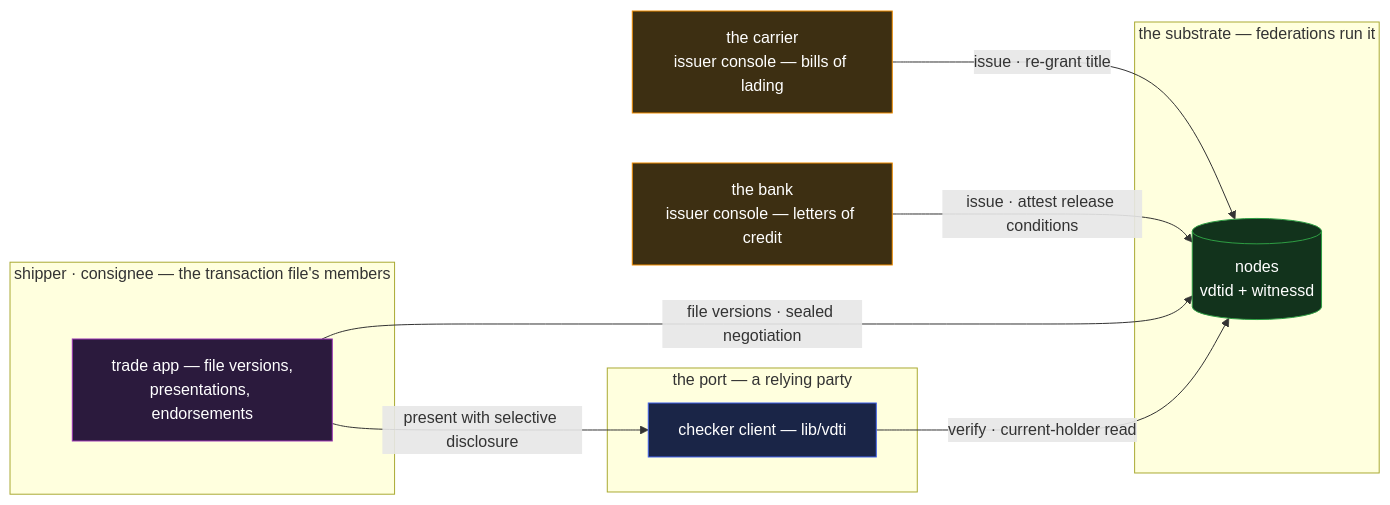
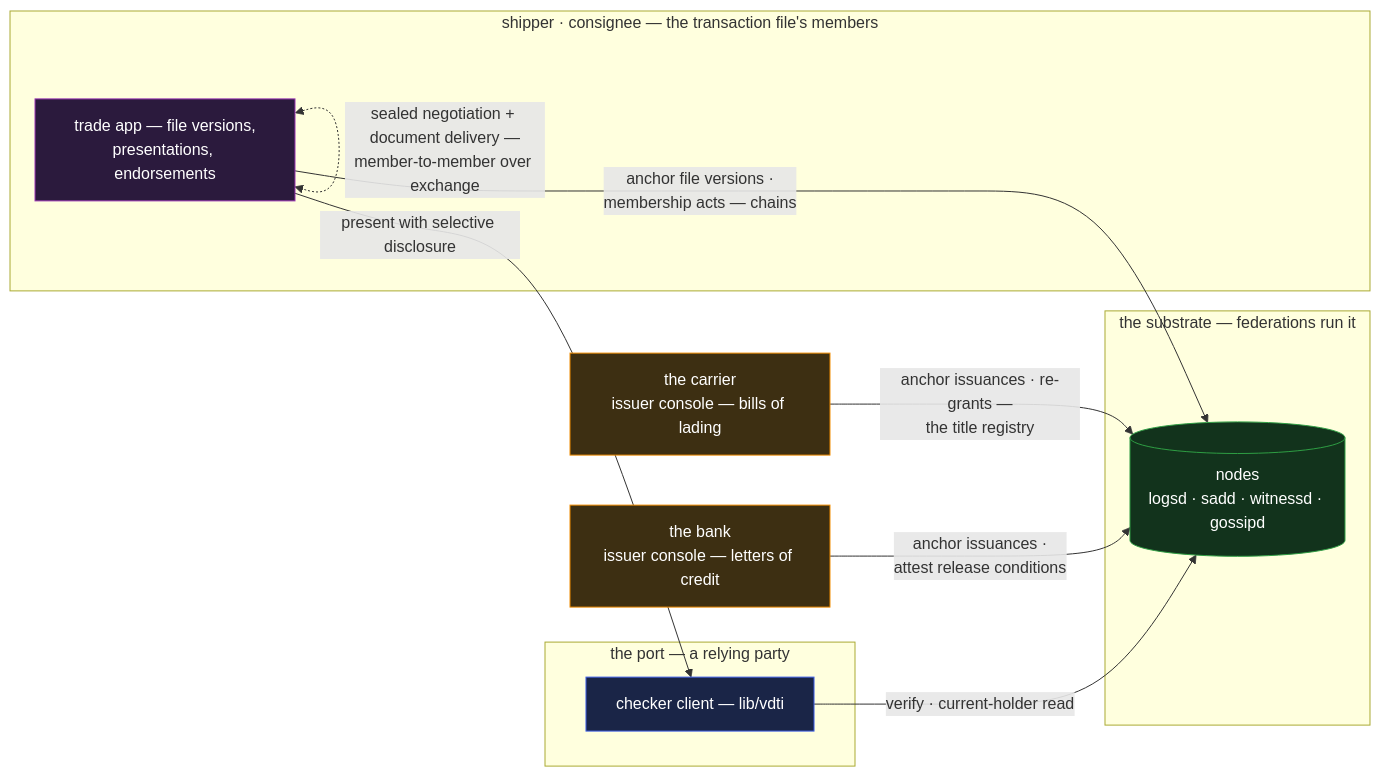
Before and after one commit to jasoncolburne/vdti: the diagram in docs/design/example-applications/trade.md, drawn with Mermaid. The commit also changed 79 other files, not shown here.

````diff
--- a/docs/design/example-applications/trade.md
+++ b/docs/design/example-applications/trade.md
@@ -11,23 +11,24 @@
 ```mermaid
 flowchart LR
   carrier["the carrier<br/>issuer console — bills of lading"]:::org
   bank["the bank<br/>issuer console — letters of credit"]:::org
   subgraph parties["shipper · consignee — the transaction file's members"]
     papp["trade app — file versions,<br/>presentations, endorsements"]:::app
   end
   subgraph port["the port — a relying party"]
     plib["checker client — lib/vdti"]:::lib
   end
   subgraph sub["the substrate — federations run it"]
-    node[("nodes<br/>vdtid + witnessd")]:::svc
+    node[("nodes<br/>logsd · sadd · witnessd · gossipd")]:::svc
   end
-  carrier -->|"issue · re-grant title"| node
-  bank -->|"issue · attest release conditions"| node
-  papp -->|"file versions · sealed negotiation"| node
+  carrier -->|"anchor issuances · re-grants —<br/>the title registry"| node
+  bank -->|"anchor issuances ·<br/>attest release conditions"| node
+  papp -->|"anchor file versions ·<br/>membership acts — chains"| node
+  papp <-.->|"sealed negotiation + document delivery —<br/>member-to-member over exchange"| papp
   papp -->|"present with selective disclosure"| plib
   plib -->|"verify · current-holder read"| node
   classDef app fill:#2b1a3d,stroke:#9c36b5,color:#fff
   classDef lib fill:#1a2547,stroke:#4263eb,color:#fff
   classDef org fill:#3d2f12,stroke:#f08c00,color:#fff
   classDef svc fill:#12331c,stroke:#2f9e44,color:#fff
 ```
````
